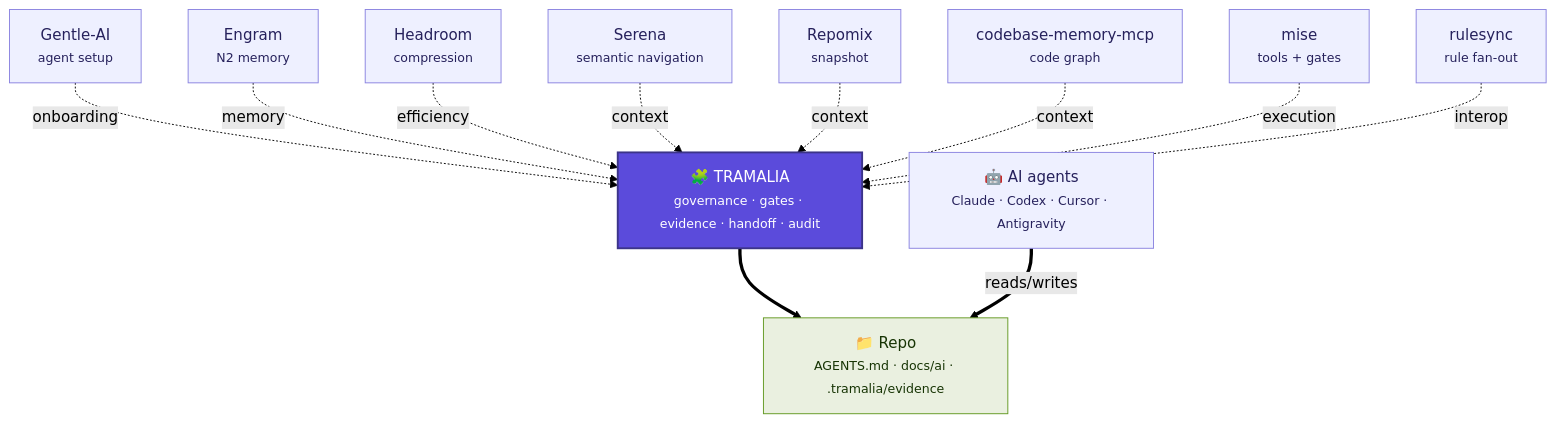
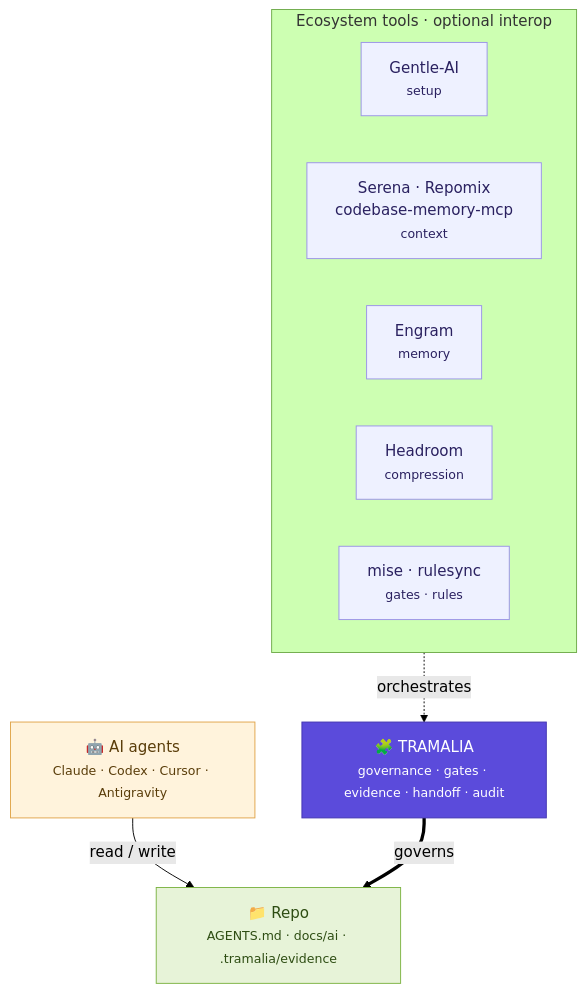
Before and after one commit to MscottB/tramalia: the diagram in docs/index.en.md, drawn with Mermaid (forest theme). The commit also changed other lines of this file and 6 other files, not shown here.

First line of the commit message:
docs(mkdocs): diagramas más claros y legibles

````diff
--- a/docs/index.en.md
+++ b/docs/index.en.md
@@ -50,30 +50,25 @@
 ```mermaid
-flowchart TD
-    classDef core fill:#5b4bdb,stroke:#3c3489,color:#fff,stroke-width:2px;
-    classDef sat fill:#eef0ff,stroke:#8a83e0,color:#26215c;
-    classDef repo fill:#eaf0e0,stroke:#639922,color:#173404;
+flowchart TB
+    classDef core fill:#5b4bdb,stroke:#4335b0,color:#ffffff;
+    classDef sat  fill:#eef1ff,stroke:#9a92e8,color:#2a2160;
+    classDef repo fill:#e7f3d8,stroke:#7cb342,color:#2e4d13;
+    classDef agent fill:#fff3dc,stroke:#e0a44a,color:#5a3d0a;
+
+    AG["🤖 AI agents<br/><small>Claude · Codex · Cursor · Antigravity</small>"]:::agent
+
+    subgraph TOOLS["Ecosystem tools · optional interop"]
+      direction LR
+      GA["Gentle-AI<br/><small>setup</small>"]:::sat
+      CX["Serena · Repomix<br/>codebase-memory-mcp<br/><small>context</small>"]:::sat
+      EN["Engram<br/><small>memory</small>"]:::sat
+      HR["Headroom<br/><small>compression</small>"]:::sat
+      MR["mise · rulesync<br/><small>gates · rules</small>"]:::sat
+    end
 
     T["🧩 TRAMALIA<br/><small>governance · gates · evidence · handoff · audit</small>"]:::core
+    R["📁 Repo<br/><small>AGENTS.md · docs/ai · .tramalia/evidence</small>"]:::repo
 
-    GA["Gentle-AI<br/><small>agent setup</small>"]:::sat
-    EN["Engram<br/><small>N2 memory</small>"]:::sat
-    HR["Headroom<br/><small>compression</small>"]:::sat
-    SR["Serena<br/><small>semantic navigation</small>"]:::sat
-    RP["Repomix<br/><small>snapshot</small>"]:::sat
-    CM["codebase-memory-mcp<br/><small>code graph</small>"]:::sat
-    MI["mise<br/><small>tools + gates</small>"]:::sat
-    RU["rulesync<br/><small>rule fan-out</small>"]:::sat
-
-    GA -.onboarding.-> T
-    EN -.memory.-> T
-    HR -.efficiency.-> T
-    SR -.context.-> T
-    RP -.context.-> T
-    CM -.context.-> T
-    MI -.execution.-> T
-    RU -.interop.-> T
-
-    T ==> R["📁 Repo<br/><small>AGENTS.md · docs/ai · .tramalia/evidence</small>"]:::repo
-    AG["🤖 AI agents<br/><small>Claude · Codex · Cursor · Antigravity</small>"]:::sat
-    AG ==reads/writes==> R
+    AG -->|read / write| R
+    TOOLS -. orchestrates .-> T
+    T ==>|governs| R
 ```
````
